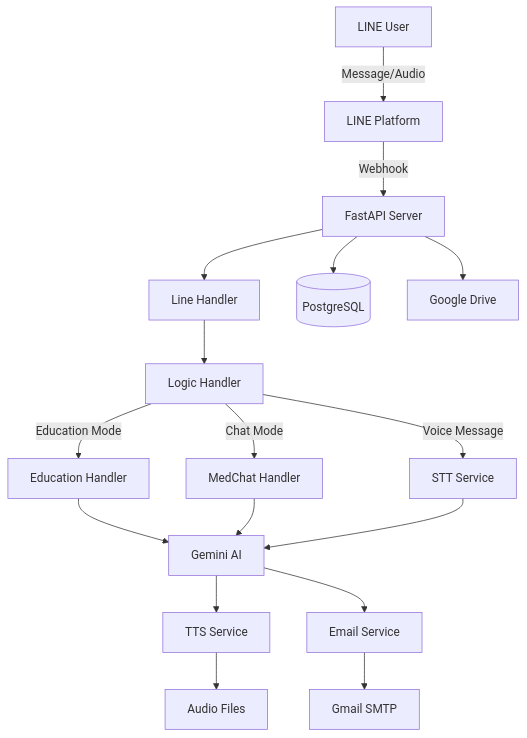
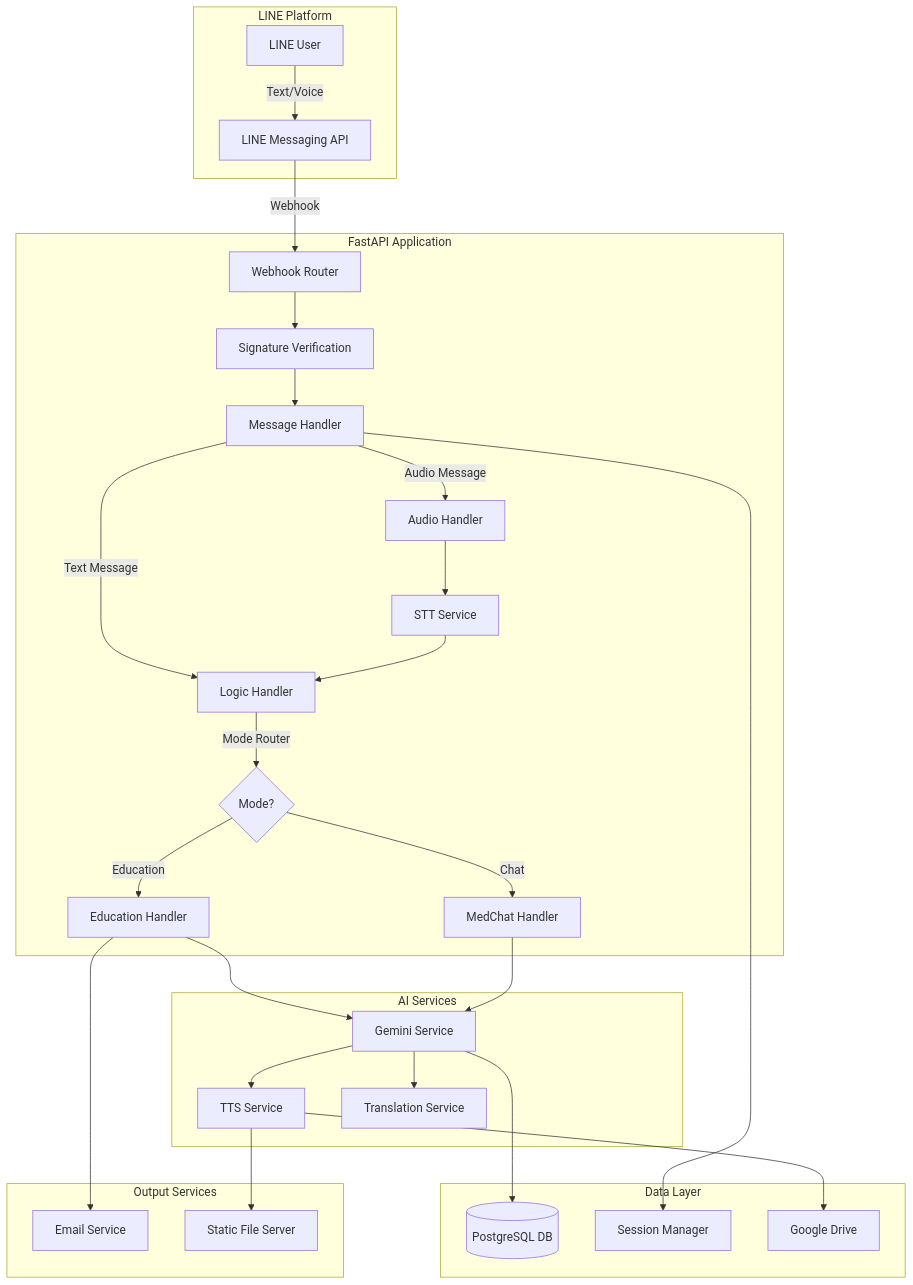
The diagram in README.md (galencky/health-edu-bot), drawn with Mermaid before and after one commit. The commit also changed other lines of this file and 3 other files, not shown here.

````diff
--- a/README.md
+++ b/README.md
@@ -60,19 +135,47 @@
 ```mermaid
-graph TD
-    A[LINE User] -->|Message/Audio| B[LINE Platform]
-    B -->|Webhook| C[FastAPI Server]
-    C --> D[Line Handler]
-    D --> E[Logic Handler]
-    E -->|Education Mode| F[Education Handler]
-    E -->|Chat Mode| G[MedChat Handler]
-    E -->|Voice Message| H[STT Service]
-    F --> I[Gemini AI]
-    G --> I
-    H --> I
-    I --> J[TTS Service]
-    I --> K[Email Service]
-    C --> L[(PostgreSQL)]
-    C --> M[Google Drive]
-    J --> N[Audio Files]
-    K --> O[Gmail SMTP]
+graph TB
+    subgraph "LINE Platform"
+        A[LINE User] -->|Text/Voice| B[LINE Messaging API]
+    end
+    
+    subgraph "FastAPI Application"
+        B -->|Webhook| C[Webhook Router]
+        C --> D[Signature Verification]
+        D --> E[Message Handler]
+        
+        E -->|Text Message| F[Logic Handler]
+        E -->|Audio Message| G[Audio Handler]
+        
+        F -->|Mode Router| H{Mode?}
+        H -->|Education| I[Education Handler]
+        H -->|Chat| J[MedChat Handler]
+        
+        G --> K[STT Service]
+        K --> F
+    end
+    
+    subgraph "AI Services"
+        I --> L[Gemini Service]
+        J --> L
+        L --> M[TTS Service]
+        L --> N[Translation Service]
+    end
+    
+    subgraph "Data Layer"
+        O[(PostgreSQL DB)]
+        P[Session Manager]
+        Q[Google Drive]
+        
+        E --> P
+        L --> O
+        M --> Q
+    end
+    
+    subgraph "Output Services"
+        R[Email Service]
+        S[Static File Server]
+        
+        I --> R
+        M --> S
+    end
 ```
````
